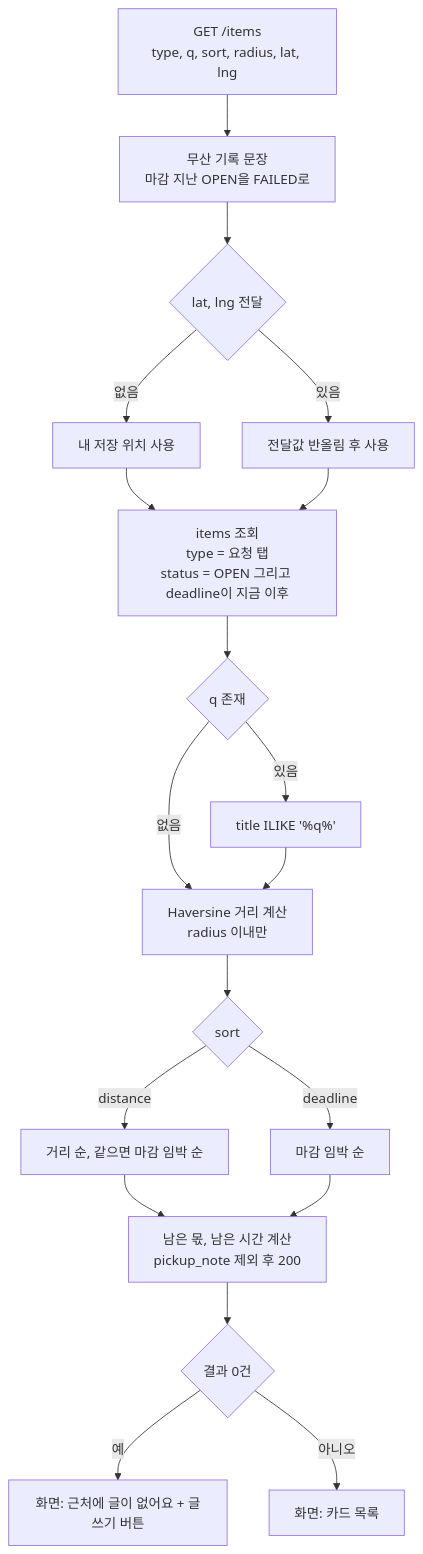
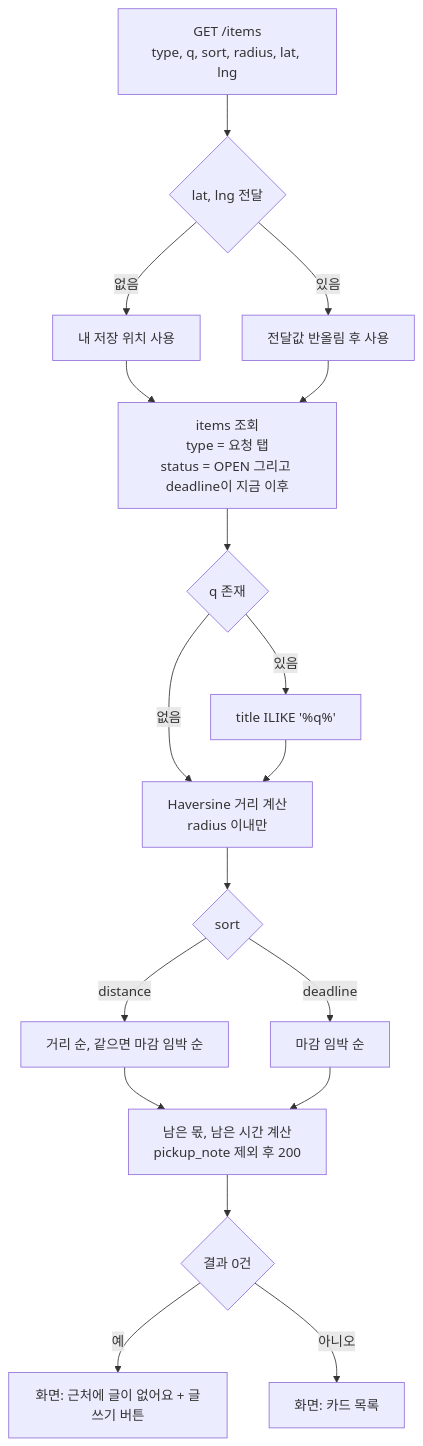
Before and after one commit to hgoose-avatye/together: the seventh of 11 diagrams in gachi-spec.md, drawn with Mermaid. The commit also changed other lines of this file and 2 other files, not shown here.

````diff
--- a/gachi-spec.md
+++ b/gachi-spec.md
@@ -512,21 +531,20 @@
 ```mermaid
 flowchart TD
-    A["GET /items<br/>type, q, sort, radius, lat, lng"] --> Z["무산 기록 문장<br/>마감 지난 OPEN을 FAILED로"]
-    Z --> B{"lat, lng 전달"}
+    A["GET /items<br/>type, q, sort, radius, lat, lng"] --> B{"lat, lng 전달"}
     B -->|"없음"| B1["내 저장 위치 사용"]
     B -->|"있음"| B2["전달값 반올림 후 사용"]
     B1 --> C
     B2 --> C["items 조회<br/>type = 요청 탭<br/>status = OPEN 그리고 deadline이 지금 이후"]
     C --> D{"q 존재"}
     D -->|"있음"| D1["title ILIKE '%q%'"]
     D -->|"없음"| E
     D1 --> E["Haversine 거리 계산<br/>radius 이내만"]
     E --> F{"sort"}
     F -->|"distance"| F1["거리 순, 같으면 마감 임박 순"]
     F -->|"deadline"| F2["마감 임박 순"]
     F1 --> G["남은 몫, 남은 시간 계산<br/>pickup_note 제외 후 200"]
     F2 --> G
     G --> H{"결과 0건"}
     H -->|"예"| H1["화면: 근처에 글이 없어요 + 글쓰기 버튼"]
     H -->|"아니오"| H2["화면: 카드 목록"]
 ```
````
